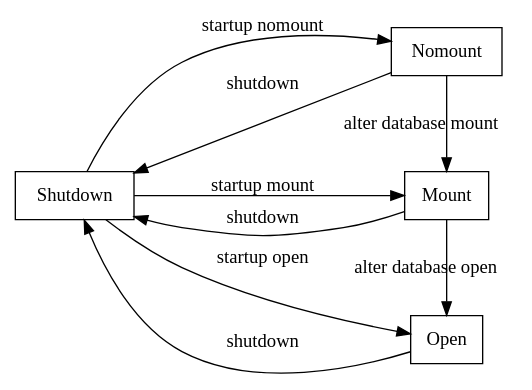
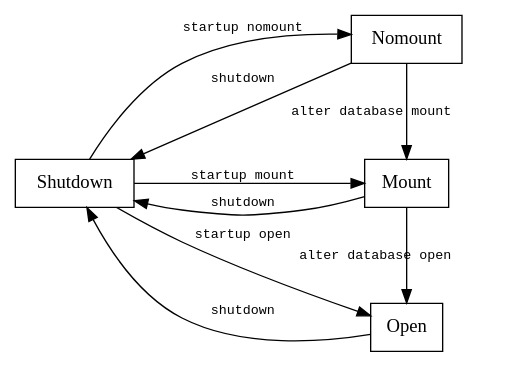
One commit to overdrive80/apuntes-clase changed the diagram in sistemas-gestores-bbdd-asir2/apuntes/1/asgbd-1-arquitectura-oracle.org. Above: the diagram before and after it, drawn with Graphviz. The commit also changed other lines of this file and 17 other files, not shown here.

```diff
--- a/sistemas-gestores-bbdd-asir2/apuntes/1/asgbd-1-arquitectura-oracle.org
+++ b/sistemas-gestores-bbdd-asir2/apuntes/1/asgbd-1-arquitectura-oracle.org
@@ -59,29 +59,30 @@
 #+begin_src dot :file ./media/arranque-parada-oracle.svg :exports results :cmdline -Tsvg
 digraph{
   graph [nodesep=0.5, ranksep=1]
   node [ shape="box"]
+  edge [fontname="courier", fontsize="10"]
   splines=true
   rankdir="LR"
 
   Shutdown
 
   {
     rank=same
   
     Nomount [group=abajo]
     Mount [group=abajo]
     Open [group=abajo]
   }
 
   Shutdown -> Nomount [label="startup nomount"]
   Shutdown -> Mount [label="startup mount"]
   Shutdown -> Open [label="startup open"]
 
-  Nomount -> Mount [label="alter database mount     "]
-  Mount -> Open [label="alter database open   "]
+  Nomount -> Mount [label="alter database mount      "]
+  Mount -> Open [label="alter database open     "]
 
   Nomount -> Shutdown [label="shutdown"]
   Mount -> Shutdown [label="shutdown"]
   Open -> Shutdown [label="shutdown"]
 }
 #+end_src
```
